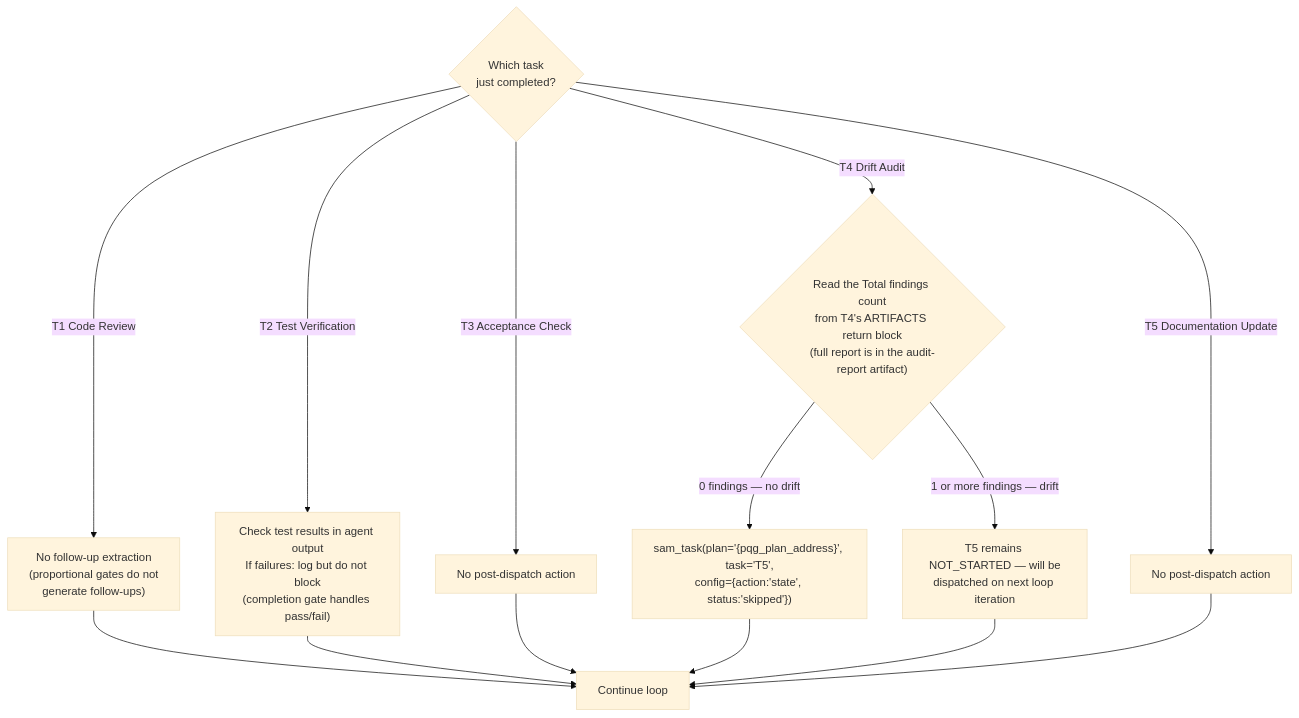
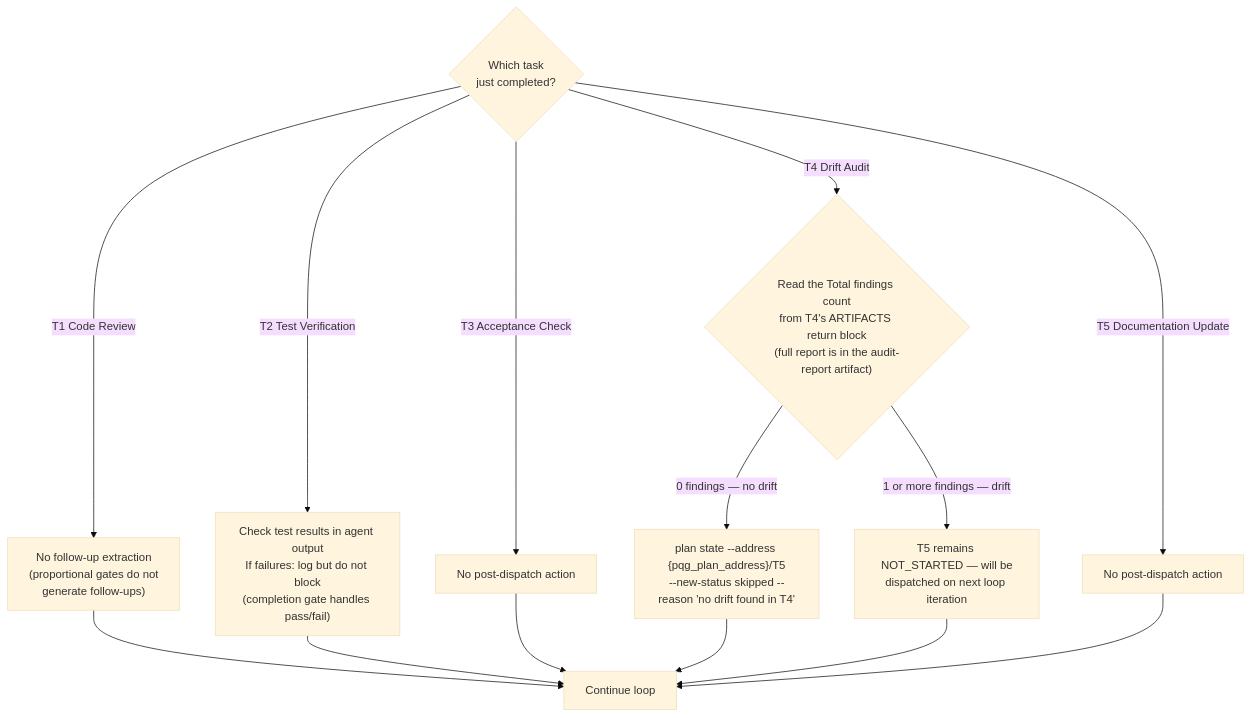
The third of 6 diagrams in plugins/development-harness/skills/complete-implementation/SKILL.md (Jamie-BitFlight/claude_skills), drawn with Mermaid (base theme) before and after one commit. The commit also changed other lines of this file and 358 other files, not shown here.

First line of the commit message:
fix(dh): gate task completion on the worker's report, plus drift guards (#3427)

````diff
--- a/plugins/development-harness/skills/complete-implementation/SKILL.md
+++ b/plugins/development-harness/skills/complete-implementation/SKILL.md
@@ -187,17 +194,17 @@
 ```mermaid
 flowchart TD
     Done{Which task<br>just completed?}
     Done -->|"T1 Code Review"| T1Post["No follow-up extraction<br>(proportional gates do not<br>generate follow-ups)"]
     Done -->|"T2 Test Verification"| T2Post["Check test results in agent output<br>If failures: log but do not block<br>(completion gate handles pass/fail)"]
     Done -->|"T3 Acceptance Check"| T3Post["No post-dispatch action"]
     Done -->|"T4 Drift Audit"| T4Post{"Read the Total findings count<br>from T4's ARTIFACTS return block<br>(full report is in the audit-report artifact)"}
-    T4Post -->|"0 findings — no drift"| SkipT5["sam_task(plan='{pqg_plan_address}', task='T5',<br>config={action:'state', status:'skipped'})"]
+    T4Post -->|"0 findings — no drift"| SkipT5["plan state --address {pqg_plan_address}/T5<br>--new-status skipped --reason 'no drift found in T4'"]
     T4Post -->|"1 or more findings — drift"| T5Ready["T5 remains NOT_STARTED — will be<br>dispatched on next loop iteration"]
     Done -->|"T5 Documentation Update"| T5Post["No post-dispatch action"]
     T1Post --> Continue["Continue loop"]
     T2Post --> Continue
     T3Post --> Continue
     SkipT5 --> Continue
     T5Ready --> Continue
     T5Post --> Continue
 ```
````
